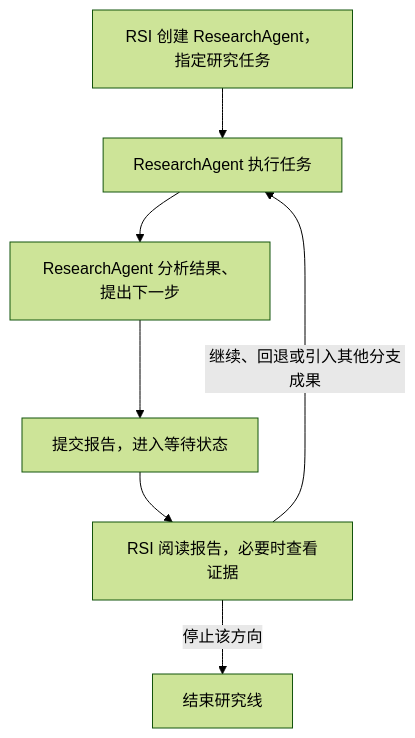
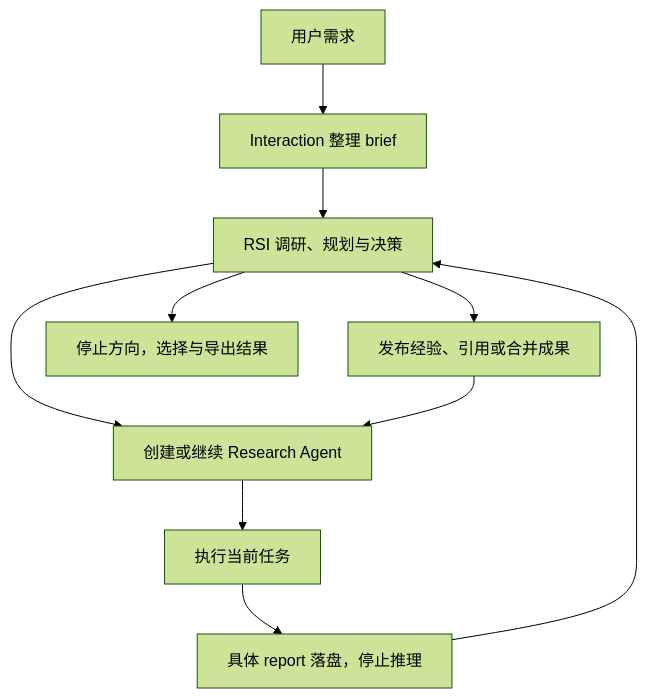
Before and after one commit to areal-project/AReaL-RSI: the diagram in docs/rsi-research-design.md, drawn with Mermaid (forest theme). The commit also changed other lines of this file and 3 other files, not shown here.

Commit message:
docs: synchronize research architecture and document staged delivery

````diff
--- a/docs/rsi-research-design.md
+++ b/docs/rsi-research-design.md
@@ -22,9 +26,12 @@
 ```mermaid
 flowchart TD
-    A[RSI 创建 ResearchAgent，指定研究任务] --> B[ResearchAgent 执行任务]
-    B --> D[ResearchAgent 分析结果、提出下一步]
-    D --> E[提交报告，进入等待状态]
-    E --> F[RSI 阅读报告，必要时查看证据]
-    F -->|继续、回退或引入其他分支成果| B
-    F -->|停止该方向| G[结束研究线]
+    U[用户需求] --> I[Interaction 整理 brief]
+    I --> R[RSI 调研、规划与决策]
+    R --> A[创建或继续 Research Agent]
+    A --> N[执行当前任务]
+    N --> P[具体 report 落盘，停止推理]
+    P --> R
+    R --> E[发布经验、引用或合并成果]
+    E --> A
+    R --> F[停止方向，选择与导出结果]
 ```
````
